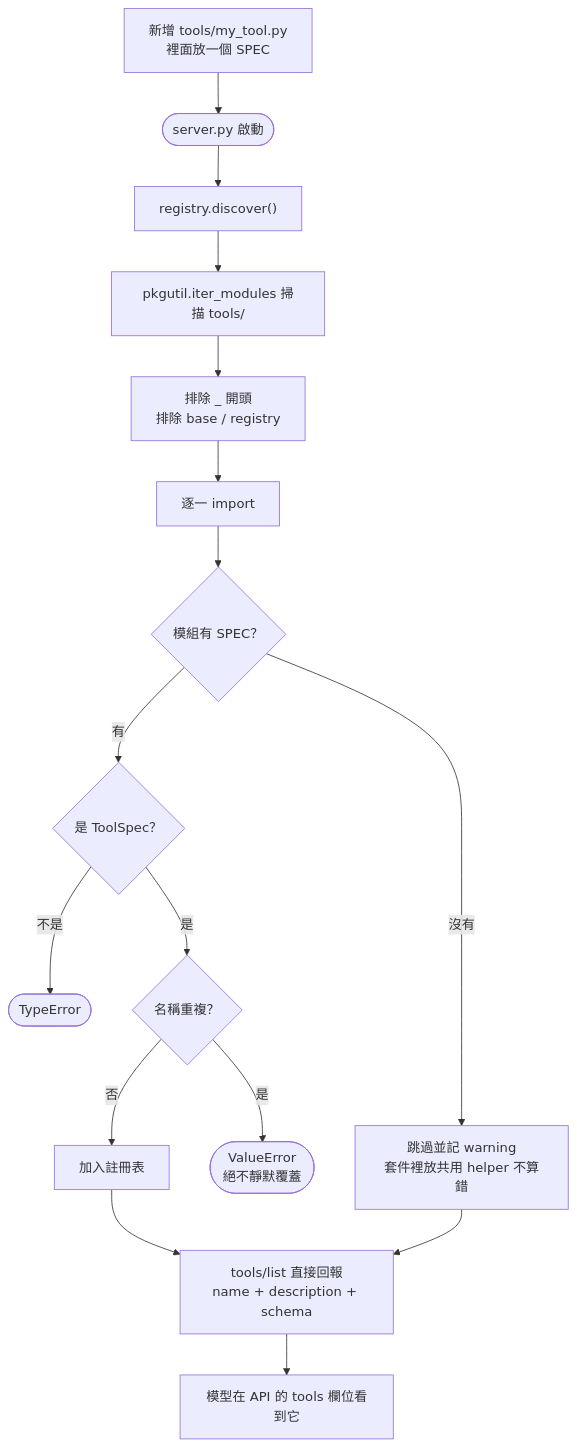
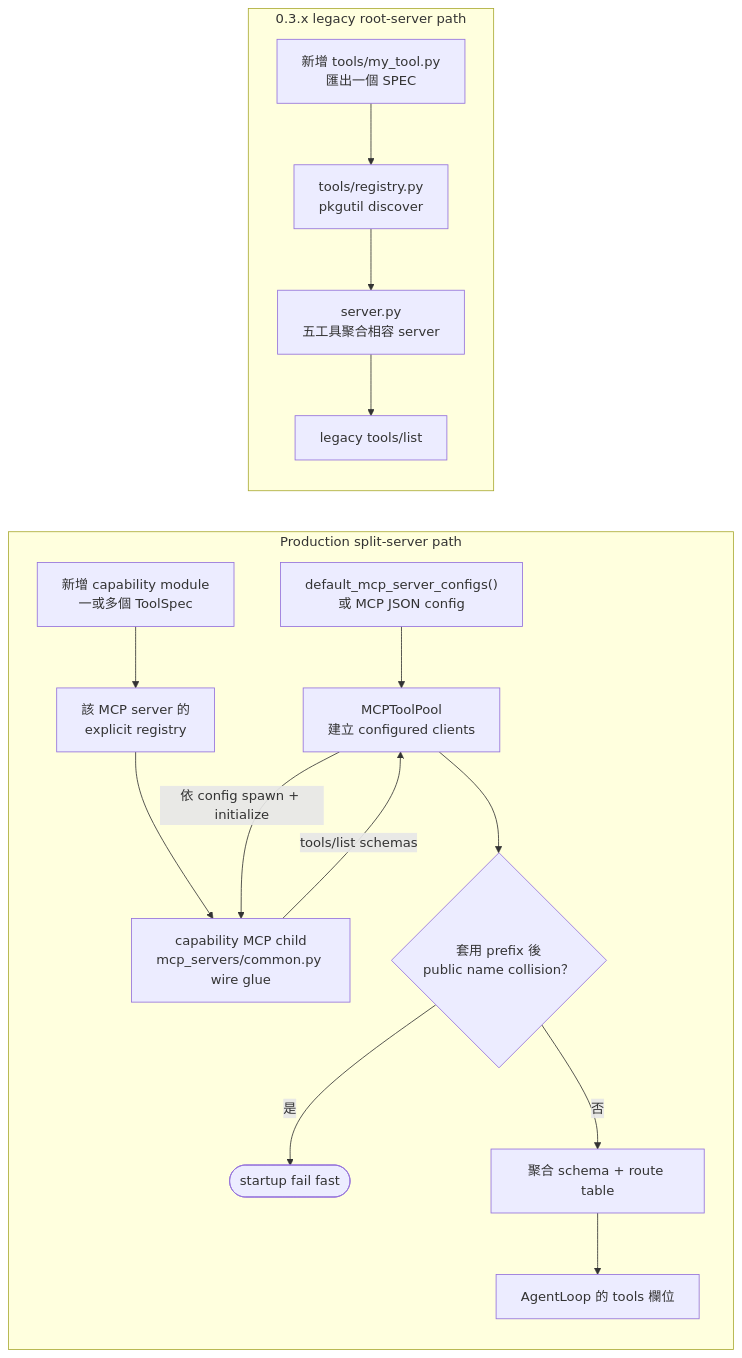
Diagram 11 of 12 in docs/architecture.md (xian-ai-1057/mcp_agent), drawn with Mermaid before and after one commit. The commit also changed other lines of this file and 15 other files, not shown here.

Commit message:
fix glossary conflicts and refresh architecture docs

````diff
--- a/docs/architecture.md
+++ b/docs/architecture.md
@@ -399,20 +530,20 @@
 ```mermaid
-flowchart TD
-    NEW["新增 tools/my_tool.py<br/>裡面放一個 SPEC"] --> BOOT(["server.py 啟動"])
-    BOOT --> DISC["registry.discover()"]
-    DISC --> ITER["pkgutil.iter_modules 掃描 tools/"]
-    ITER --> FILTER["排除 _ 開頭<br/>排除 base / registry"]
-    FILTER --> IMP["逐一 import"]
+flowchart LR
+    subgraph PROD["Production split-server path"]
+        CONFIG["default_mcp_server_configs()<br/>或 MCP JSON config"] --> CLIENTS["MCPToolPool<br/>建立 configured clients"]
+        IMPL["新增 capability module<br/>一或多個 ToolSpec"] --> REG["該 MCP server 的<br/>explicit registry"]
+        REG --> CHILD["capability MCP child<br/>mcp_servers/common.py wire glue"]
+        CLIENTS -->|"依 config spawn + initialize"| CHILD
+        CHILD -->|"tools/list schemas"| CLIENTS
+        CLIENTS --> NAMES{"套用 prefix 後<br/>public name collision？"}
+        NAMES -->|是| FAIL(["startup fail fast"])
+        NAMES -->|否| CATALOG["聚合 schema + route table"]
+        CATALOG --> AGENT["AgentLoop 的 tools 欄位"]
+    end
 
-    IMP --> HAS{"模組有 SPEC？"}
-    HAS -->|沒有| WARN["跳過並記 warning<br/>套件裡放共用 helper 不算錯"]
-    HAS -->|有| TYPE{"是 ToolSpec？"}
-    TYPE -->|不是| ERR(["TypeError"])
-    TYPE -->|是| DUP{"名稱重複？"}
-    DUP -->|是| ERR2(["ValueError<br/>絕不靜默覆蓋"])
-    DUP -->|否| ADD["加入註冊表"]
-
-    ADD --> LIST["tools/list 直接回報<br/>name + description + schema"]
-    WARN --> LIST
-    LIST --> MODEL["模型在 API 的 tools 欄位看到它"]
+    subgraph LEGACY["0.3.x legacy root-server path"]
+        FILE["新增 tools/my_tool.py<br/>匯出一個 SPEC"] --> DISC["tools/registry.py<br/>pkgutil discover"]
+        DISC --> ROOT["server.py<br/>五工具聚合相容 server"]
+        ROOT --> OLDLIST["legacy tools/list"]
+    end
 ```
````
